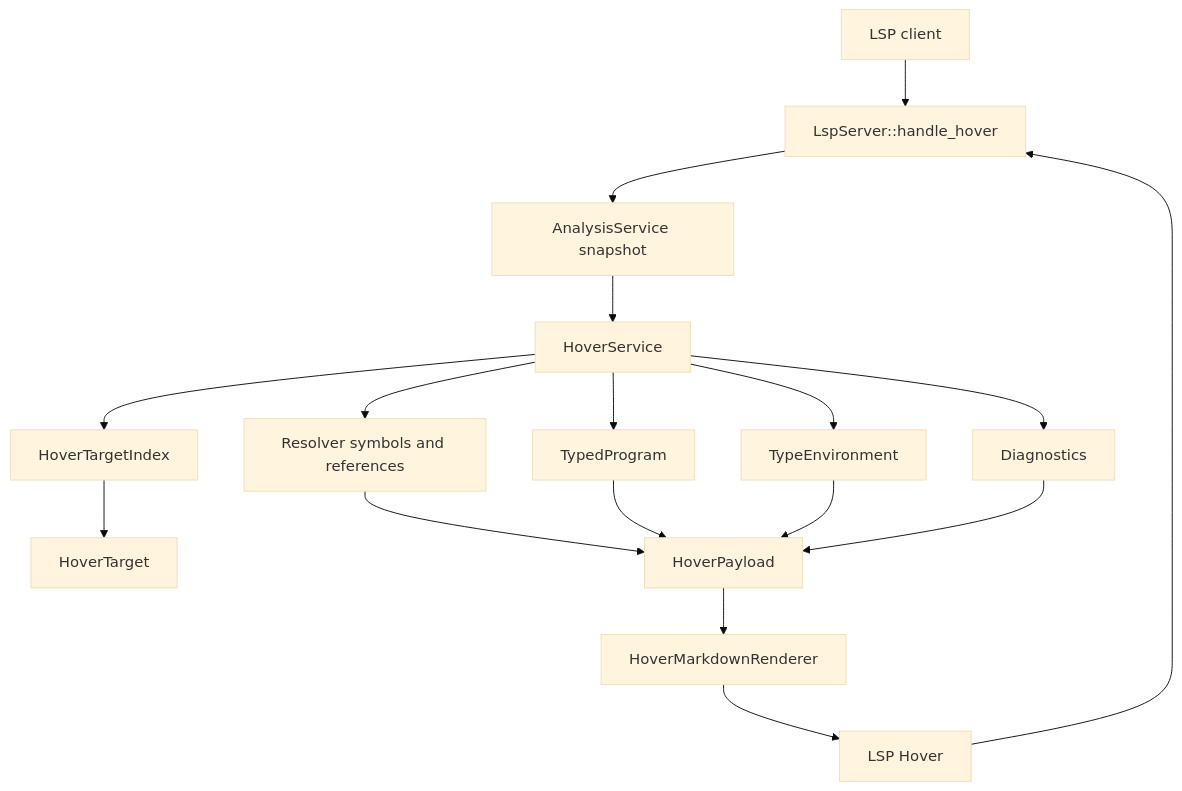
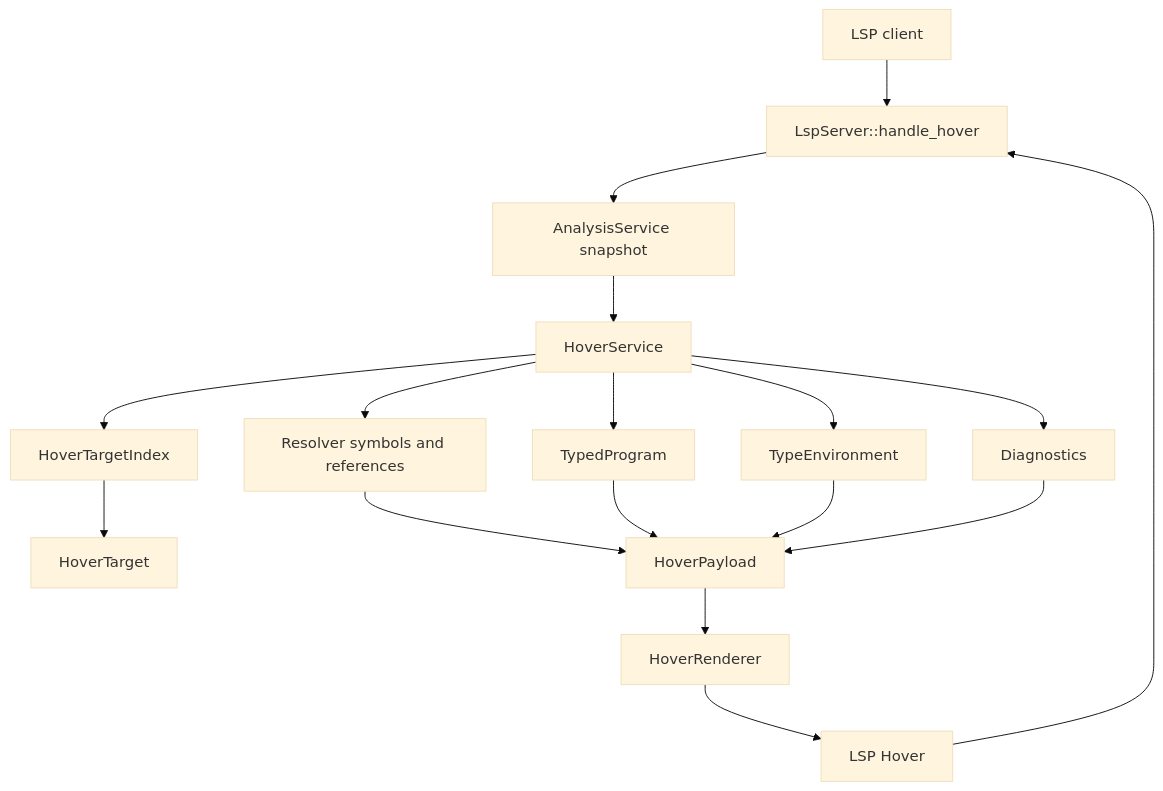
The first of 3 diagrams in docs/design/lsp-hover-architecture-v0.1.zh.md (Zzzode/AHFL), drawn with Mermaid (base theme) before and after one commit. The commit also changed other lines of this file, not shown here.

First line of the commit message:
docs(lsp): document hover architecture

````diff
--- a/docs/design/lsp-hover-architecture-v0.1.zh.md
+++ b/docs/design/lsp-hover-architecture-v0.1.zh.md
@@ -69,19 +228,19 @@
 ```mermaid
 flowchart TD
     Client[LSP client] --> Server[LspServer::handle_hover]
     Server --> Snapshot[AnalysisService snapshot]
     Snapshot --> HoverService[HoverService]
     HoverService --> TargetIndex[HoverTargetIndex]
     HoverService --> ResolverData[Resolver symbols and references]
     HoverService --> TypedHIR[TypedProgram]
     HoverService --> TypeEnv[TypeEnvironment]
     HoverService --> Diagnostics[Diagnostics]
     TargetIndex --> Target[HoverTarget]
     ResolverData --> Payload[HoverPayload]
     TypedHIR --> Payload
     TypeEnv --> Payload
     Diagnostics --> Payload
-    Payload --> Renderer[HoverMarkdownRenderer]
+    Payload --> Renderer[HoverRenderer]
     Renderer --> Hover[LSP Hover]
     Hover --> Server
 ```
````
